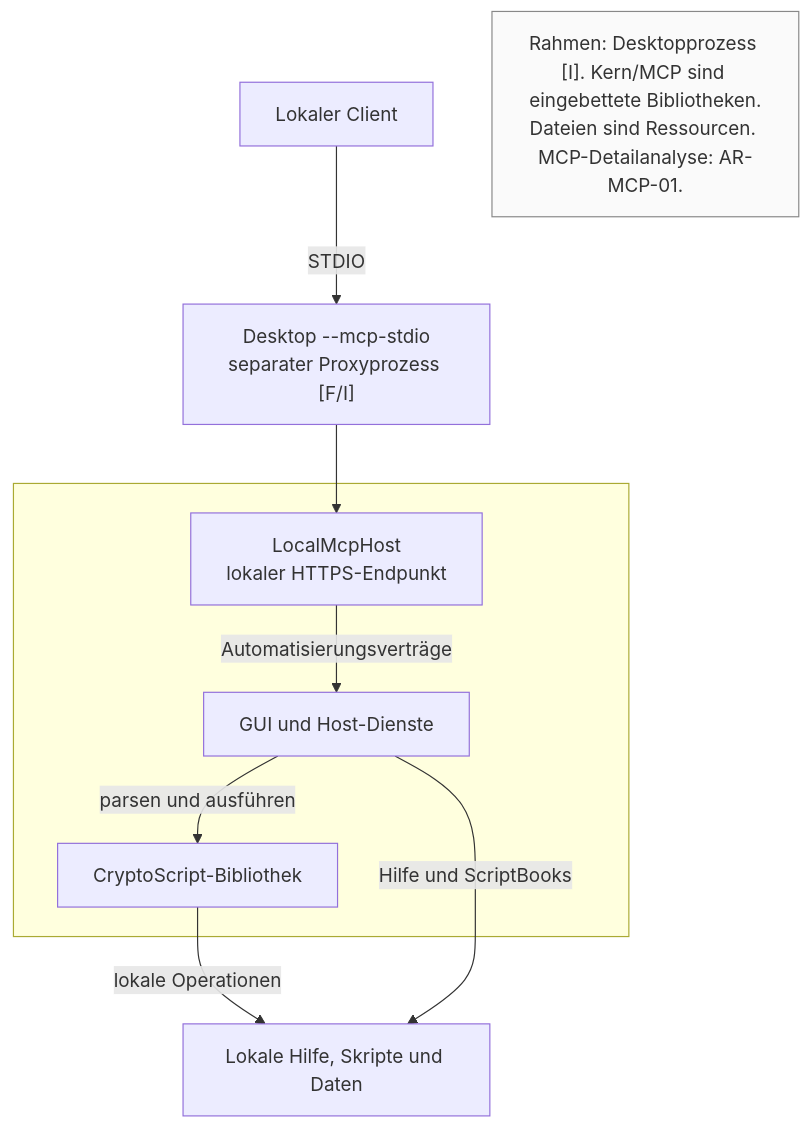
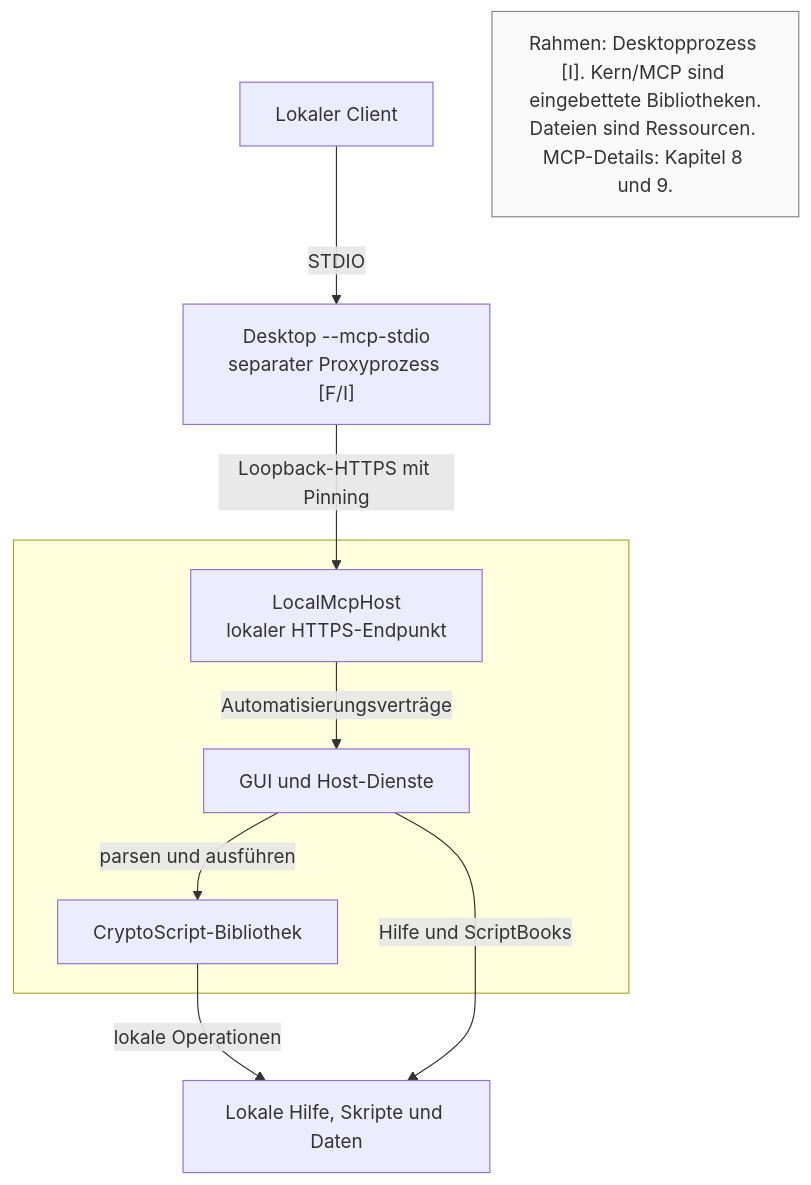
Before and after one commit to tkbss/CryptoWorkBench: the diagram in docs/architecture/de/diagrams/02-container-overview.mmd, drawn with Mermaid. The commit also changed 40 other files, not shown here.

Commit message:
Document MCP architecture and harden bilingual publication validation

```diff
--- a/docs/architecture/de/diagrams/02-container-overview.mmd
+++ b/docs/architecture/de/diagrams/02-container-overview.mmd
@@ -1,21 +1,22 @@
+%% D1 transport label | 8c58e2bd564280b71412cfd6ed9997688bd0bde4 | E04 E05
 %% AR-01; baseline fbbadae2f68b015ccedfea92ce8bba4cd7737ecb; evidence R01-R16
 %% Diagram identity 02-container-overview.mmd
 flowchart TB
     Client["Lokaler Client"]
     Proxy["Desktop --mcp-stdio<br/>separater Proxyprozess [F/I]"]
     Files["Lokale Hilfe, Skripte und Daten"]
     %% The legend names this frame; keep entering edges clear of a title.
     subgraph Desktop[" "]
         Mcp["LocalMcpHost<br/>lokaler HTTPS-Endpunkt"]
         Host["GUI und Host-Dienste"]
         Core["CryptoScript-Bibliothek"]
     end
     Client -->|"STDIO"| Proxy
-    Proxy --> Mcp
+    Proxy -->|"Loopback-HTTPS mit Pinning"| Mcp
     Mcp -->|"Automatisierungsverträge"| Host
     Host -->|"parsen und ausführen"| Core
     Core -->|"lokale Operationen"| Files
     Host -->|"Hilfe und ScriptBooks"| Files
-    Legend["Rahmen: Desktopprozess [I]. Kern/MCP sind eingebettete Bibliotheken.<br/>Dateien sind Ressourcen. MCP-Detailanalyse: AR-MCP-01."]
+    Legend["Rahmen: Desktopprozess [I]. Kern/MCP sind eingebettete Bibliotheken.<br/>Dateien sind Ressourcen. MCP-Details: Kapitel 8 und 9."]
     classDef note fill:#fafafa,stroke:#888888,color:#333333
     class Legend note
```
